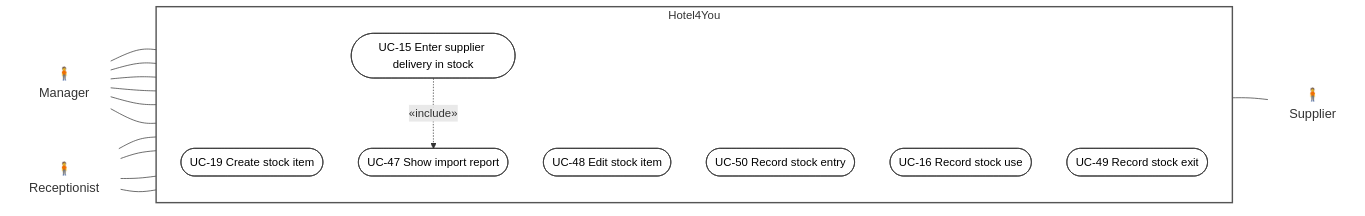
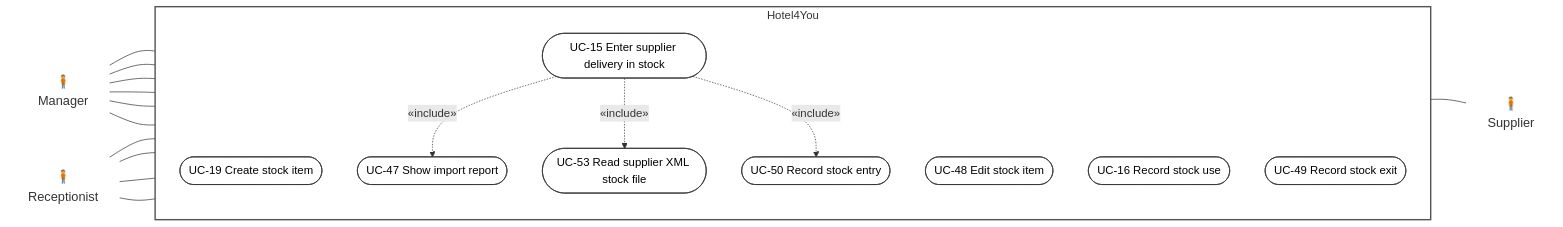
One commit to BorjaTiago/hotel4you changed the seventh of 7 diagrams in docs/uml/use-cases.md. Above: the diagram before and after it, drawn with Mermaid. The commit also changed other lines of this file and 5 other files, not shown here.

First line of the commit message:
H4Y-7 add retro include relations to use-case diagrams (#36)

````diff
--- a/docs/uml/use-cases.md
+++ b/docs/uml/use-cases.md
@@ -263,38 +273,42 @@
 ```mermaid
 flowchart LR
   %% Requirements: RF-28, RF-29. Decisions: Q-10, Q-17, Q-21, Q-34, Q-38, PR #20 decision (2026-10-21).
   Manager["🧍<br/>Manager"]:::actor
   Receptionist["🧍<br/>Receptionist"]:::actor
 
   subgraph Hotel4You["Hotel4You"]
     direction TB
     UC19(["UC-19 Create stock item"]):::uc
     UC48(["UC-48 Edit stock item"]):::uc
     UC15(["UC-15 Enter supplier delivery in stock"]):::uc
     UC47(["UC-47 Show import report"]):::uc
     UC50(["UC-50 Record stock entry"]):::uc
+    UC53(["UC-53 Read supplier XML stock file"]):::uc
     UC16(["UC-16 Record stock use"]):::uc
     UC49(["UC-49 Record stock exit"]):::uc
   end
 
   Supplier["🧍<br/>Supplier"]:::actor
 
   Manager --- UC19
   Manager --- UC48
   Manager --- UC15
   Receptionist --- UC15
   Manager --- UC50
   Receptionist --- UC50
   Manager --- UC16
   Receptionist --- UC16
   Manager --- UC49
   Receptionist --- UC49
   UC15 --- Supplier
   UC47 ~~~ Supplier
 
   UC15 -.->|"«include»"| UC47
+  UC15 -.->|"«include»"| UC53
+  UC15 -.->|"«include»"| UC50
+  UC53 ~~~ Supplier
 
   classDef actor fill:none,stroke:none,font-size:18px
   classDef uc fill:#ffffff,stroke:#333333,color:#000000
   style Hotel4You fill:none,stroke:#555555,stroke-width:2px
 ```
````
